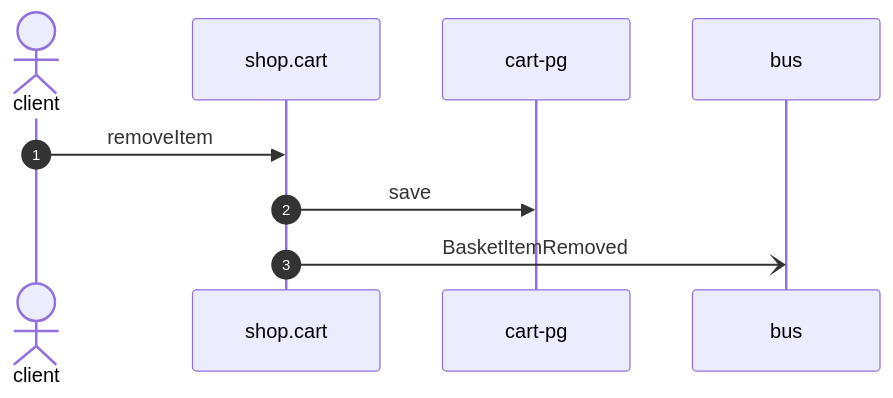
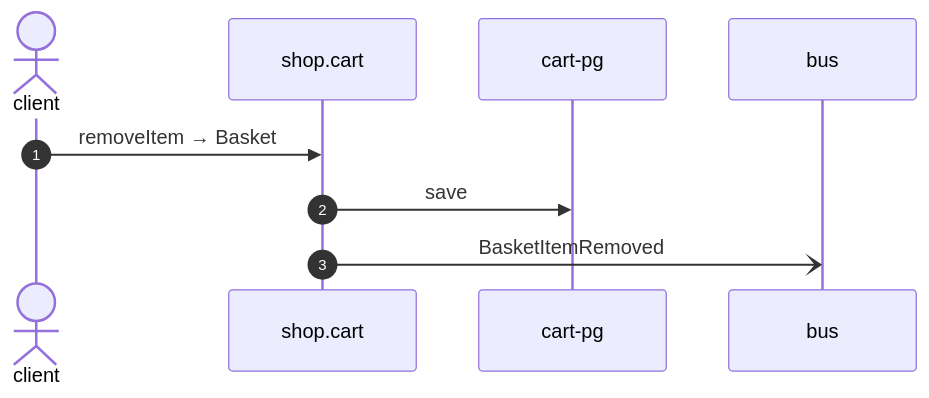
The diagram in docs/flows/cart-remove-item.md (shortlink-org/portolan), drawn with Mermaid before and after one commit. The commit also changed other lines of this file and 87 other files, not shown here.

````diff
--- a/docs/flows/cart-remove-item.md
+++ b/docs/flows/cart-remove-item.md
@@ -20,11 +20,11 @@
 ```mermaid
 sequenceDiagram
     autonumber
     actor p0 as client
     participant p1 as shop.cart
     participant p2 as cart-pg
     participant p3 as bus
-    p0->>p1: removeItem
+    p0->>p1: removeItem → Basket
     p1->>p2: save
     p1-)p3: BasketItemRemoved
 ```
````
